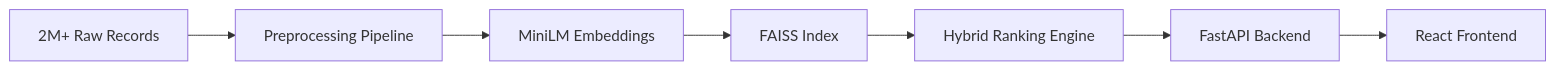
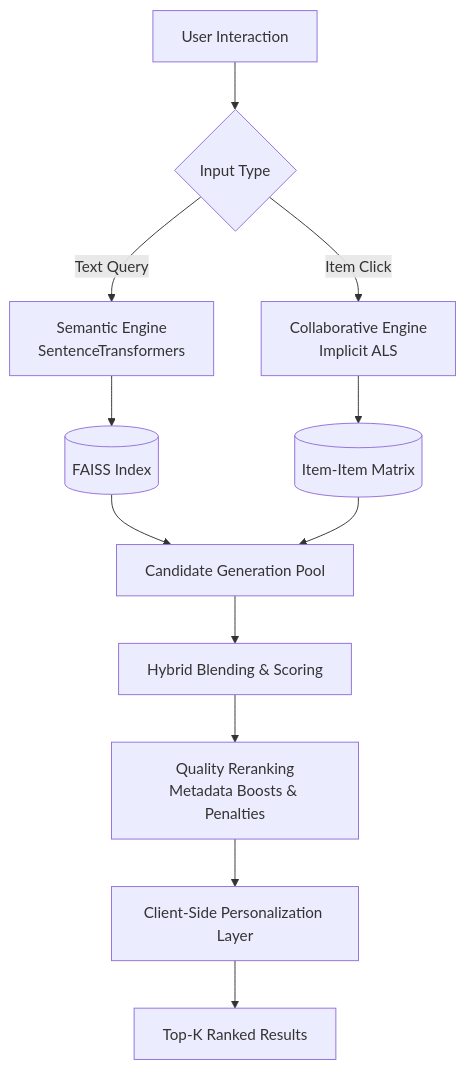
One commit to vaibhavi944/podcast-mind changed the diagram in README.md. Above: the diagram before and after it, drawn with Mermaid. The commit also changed other lines of this file and 3 other files, not shown here.

````diff
--- a/README.md
+++ b/README.md
@@ -18,9 +13,19 @@
 ```mermaid
-graph LR
-    Data[2M+ Raw Records] --> Clean[Preprocessing Pipeline]
-    Clean --> Embed[MiniLM Embeddings]
-    Embed --> Vector[FAISS Index]
-    Vector --> Engine[Hybrid Ranking Engine]
-    Engine --> API[FastAPI Backend]
-    API --> UI[React Frontend]
+graph TD
+    User[User Interaction] --> Router{Input Type}
+    
+    Router -->|Text Query| Semantic[Semantic Engine<br>SentenceTransformers]
+    Router -->|Item Click| Collab[Collaborative Engine<br>Implicit ALS]
+    
+    Semantic --> FAISS[(FAISS Index)]
+    Collab --> Matrix[(Item-Item Matrix)]
+    
+    FAISS --> Candidates[Candidate Generation Pool]
+    Matrix --> Candidates
+    
+    Candidates --> Blending[Hybrid Blending & Scoring]
+    
+    Blending --> Reranking[Quality Reranking<br>Metadata Boosts & Penalties]
+    Reranking --> Personalization[Client-Side Personalization Layer]
+    Personalization --> Final[Top-K Ranked Results]
 ```
````
